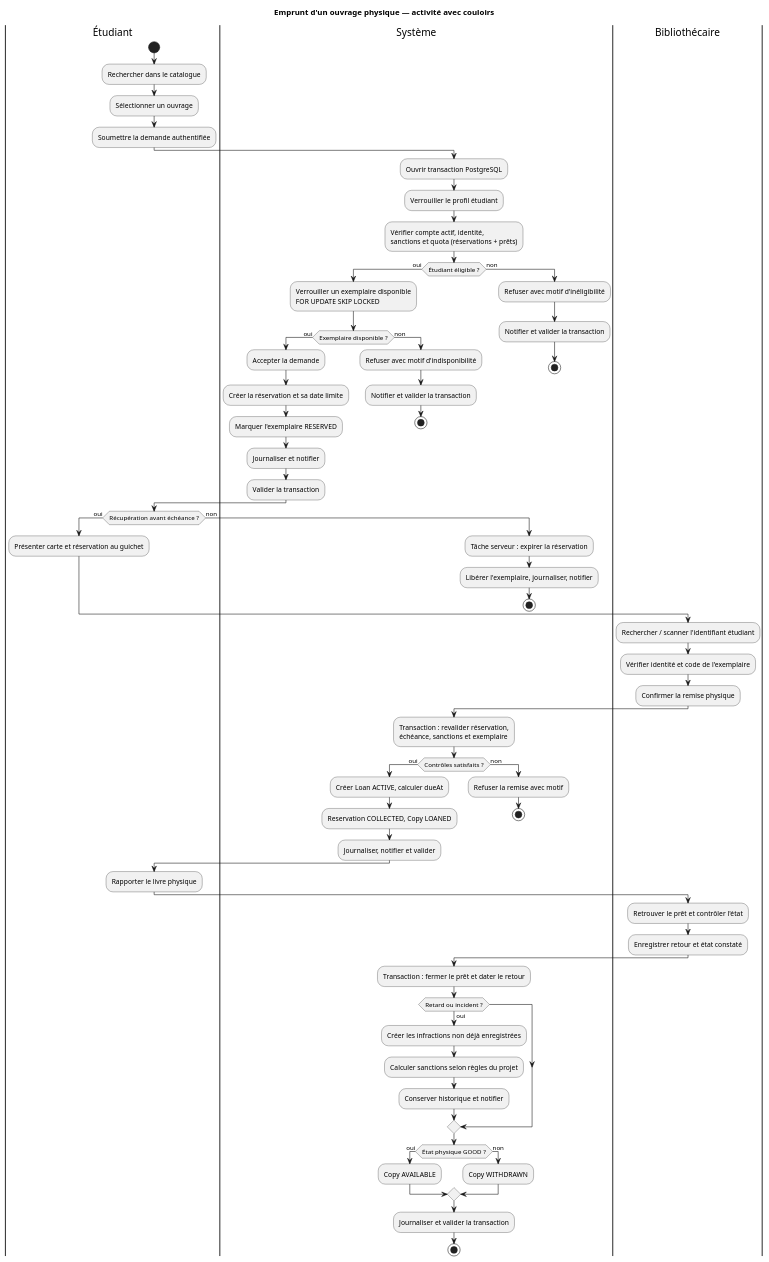
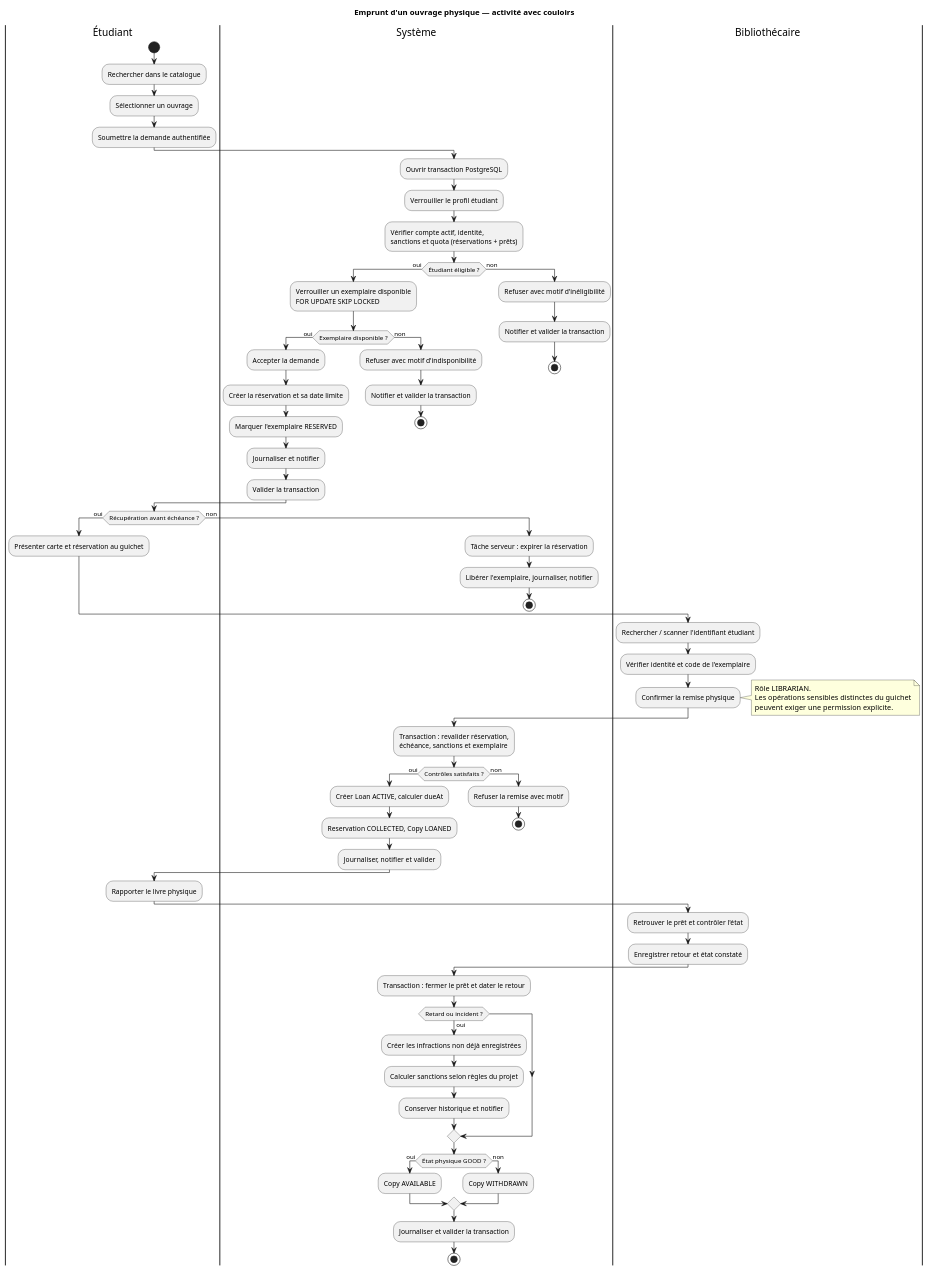
Before and after one commit to aymanebettaoui/Bibliotheque-Universitaire-USMBA: the diagram in docs/uml/03-borrow-activity.puml, drawn with PlantUML. The commit also changed 55 other files, not shown here.

```diff
--- a/docs/uml/03-borrow-activity.puml
+++ b/docs/uml/03-borrow-activity.puml
@@ -1,75 +1,80 @@
 @startuml
 title Emprunt d'un ouvrage physique — activité avec couloirs
 |Étudiant|
 start
 :Rechercher dans le catalogue;
 :Sélectionner un ouvrage;
 :Soumettre la demande authentifiée;
 |Système|
 :Ouvrir transaction PostgreSQL;
 :Verrouiller le profil étudiant;
 :Vérifier compte actif, identité,
 sanctions et quota (réservations + prêts);
 if (Étudiant éligible ?) then (oui)
  :Verrouiller un exemplaire disponible
  FOR UPDATE SKIP LOCKED;
  if (Exemplaire disponible ?) then (oui)
   :Accepter la demande;
   :Créer la réservation et sa date limite;
   :Marquer l'exemplaire RESERVED;
   :Journaliser et notifier;
   :Valider la transaction;
  else (non)
   :Refuser avec motif d'indisponibilité;
   :Notifier et valider la transaction;
   stop
  endif
 else (non)
  :Refuser avec motif d'inéligibilité;
  :Notifier et valider la transaction;
  stop
 endif
 |Étudiant|
 if (Récupération avant échéance ?) then (oui)
  :Présenter carte et réservation au guichet;
 else (non)
  |Système|
  :Tâche serveur : expirer la réservation;
  :Libérer l'exemplaire, journaliser, notifier;
  stop
 endif
 |Bibliothécaire|
 :Rechercher / scanner l'identifiant étudiant;
 :Vérifier identité et code de l'exemplaire;
 :Confirmer la remise physique;
+note right
+Rôle LIBRARIAN.
+Les opérations sensibles distinctes du guichet
+peuvent exiger une permission explicite.
+end note
 |Système|
 :Transaction : revalider réservation,
 échéance, sanctions et exemplaire;
 if (Contrôles satisfaits ?) then (oui)
  :Créer Loan ACTIVE, calculer dueAt;
  :Reservation COLLECTED, Copy LOANED;
  :Journaliser, notifier et valider;
 else (non)
  :Refuser la remise avec motif;
  stop
 endif
 |Étudiant|
 :Rapporter le livre physique;
 |Bibliothécaire|
 :Retrouver le prêt et contrôler l'état;
 :Enregistrer retour et état constaté;
 |Système|
 :Transaction : fermer le prêt et dater le retour;
 if (Retard ou incident ?) then (oui)
  :Créer les infractions non déjà enregistrées;
  :Calculer sanctions selon règles du projet;
  :Conserver historique et notifier;
 endif
 if (État physique GOOD ?) then (oui)
  :Copy AVAILABLE;
 else (non)
  :Copy WITHDRAWN;
 endif
 :Journaliser et valider la transaction;
 stop
 @enduml
```
